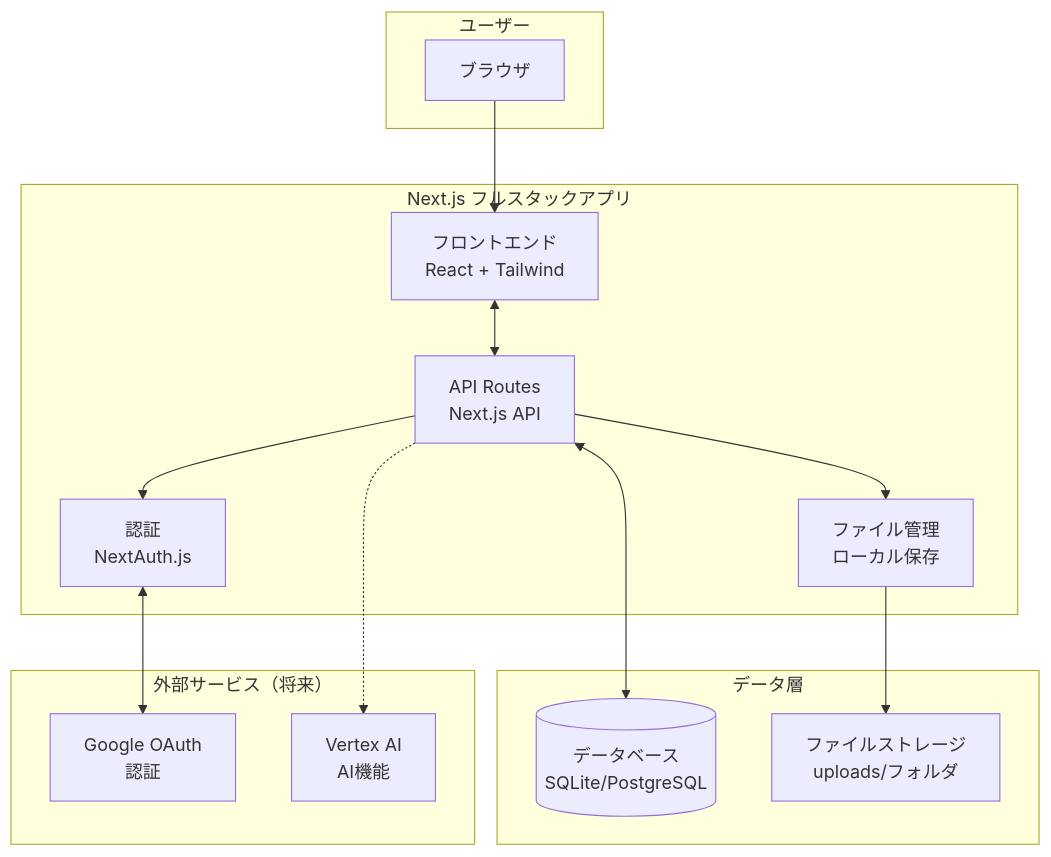
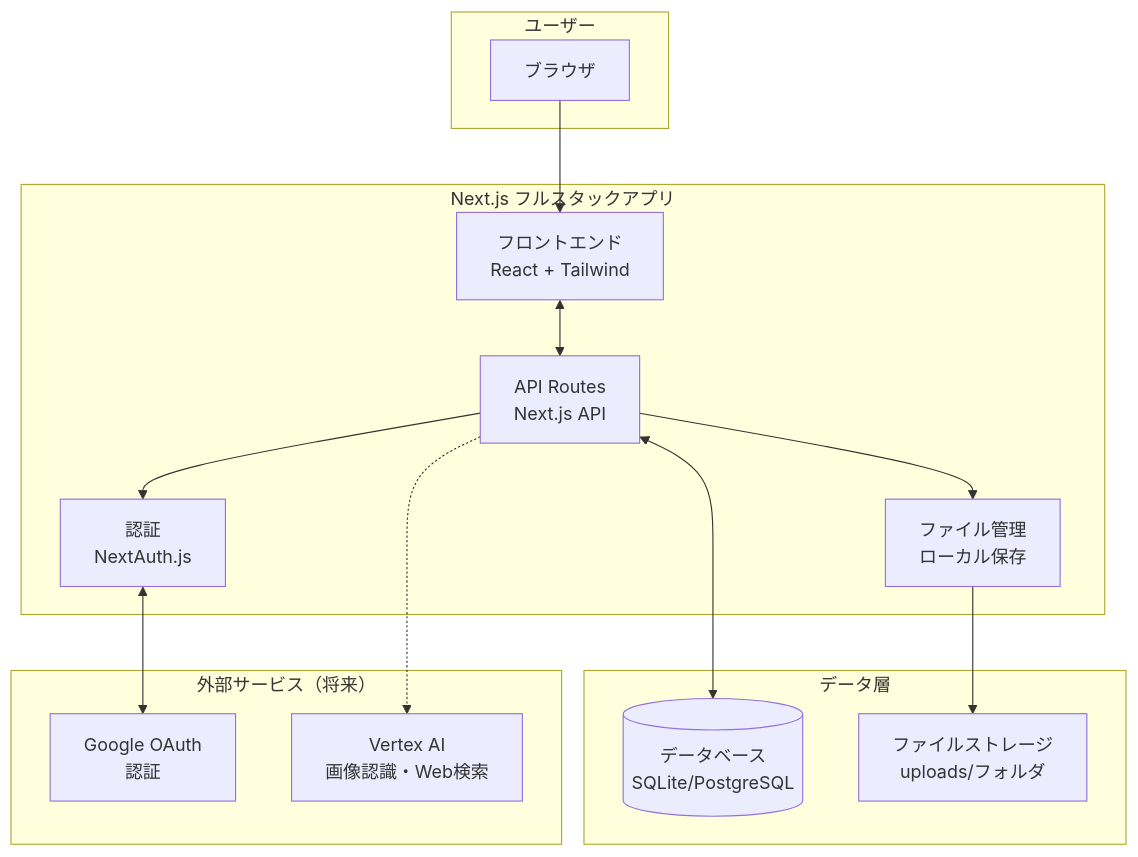
Before and after one commit to januaraid/plat-dot: the first of 3 diagrams in .kiro/specs/ai-inventory-manager/design.md, drawn with Mermaid. The commit also changed other lines of this file and 15 other files, not shown here.

````diff
--- a/.kiro/specs/ai-inventory-manager/design.md
+++ b/.kiro/specs/ai-inventory-manager/design.md
@@ -10,32 +10,32 @@
 ```mermaid
 graph TB
     subgraph "ユーザー"
         A[ブラウザ]
     end
     
     subgraph "Next.js フルスタックアプリ"
         B[フロントエンド<br/>React + Tailwind]
         C[API Routes<br/>Next.js API]
         D[認証<br/>NextAuth.js]
         E[ファイル管理<br/>ローカル保存]
     end
     
     subgraph "データ層"
         F[(データベース<br/>SQLite/PostgreSQL)]
         G[ファイルストレージ<br/>uploads/フォルダ]
     end
     
     subgraph "外部サービス（将来）"
         H[Google OAuth<br/>認証]
-        I[Vertex AI<br/>AI機能]
+        I[Vertex AI<br/>画像認識・Web検索]
     end
     
     A --> B
     B <--> C
     C --> D
     C --> E
     C <--> F
     E --> G
     D <--> H
     C -.-> I
 ```
````
